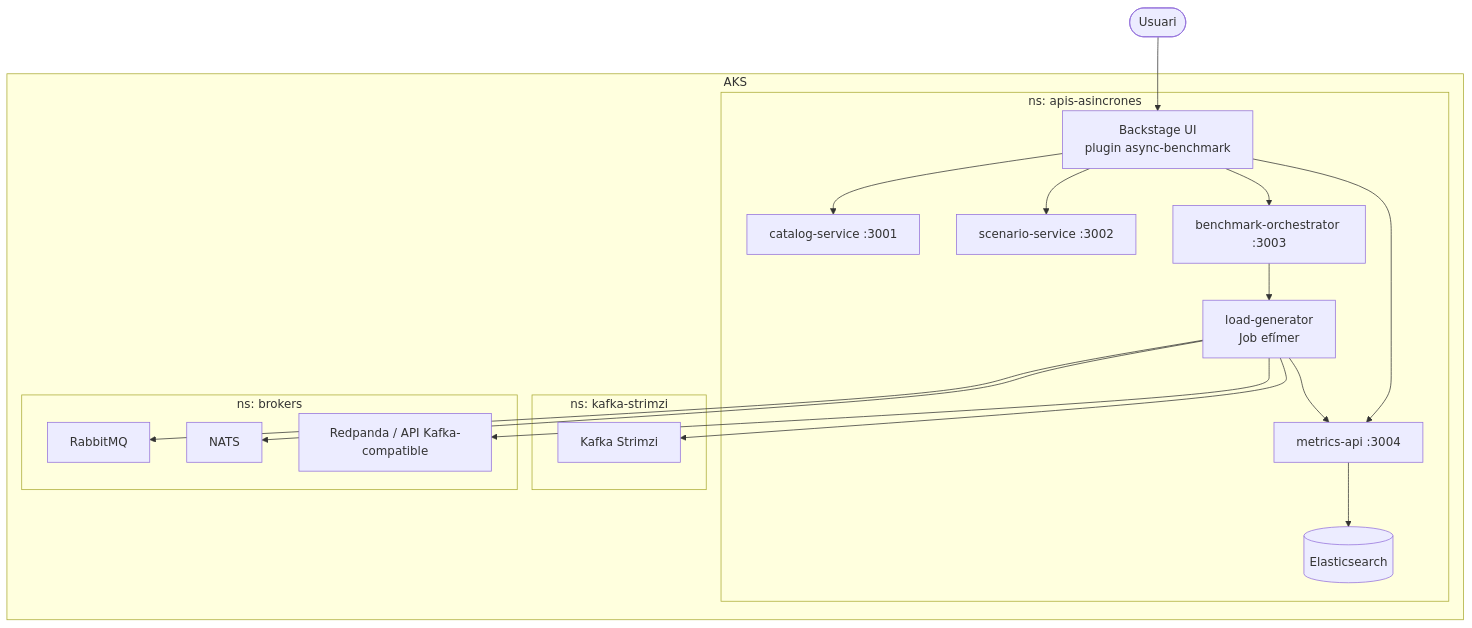
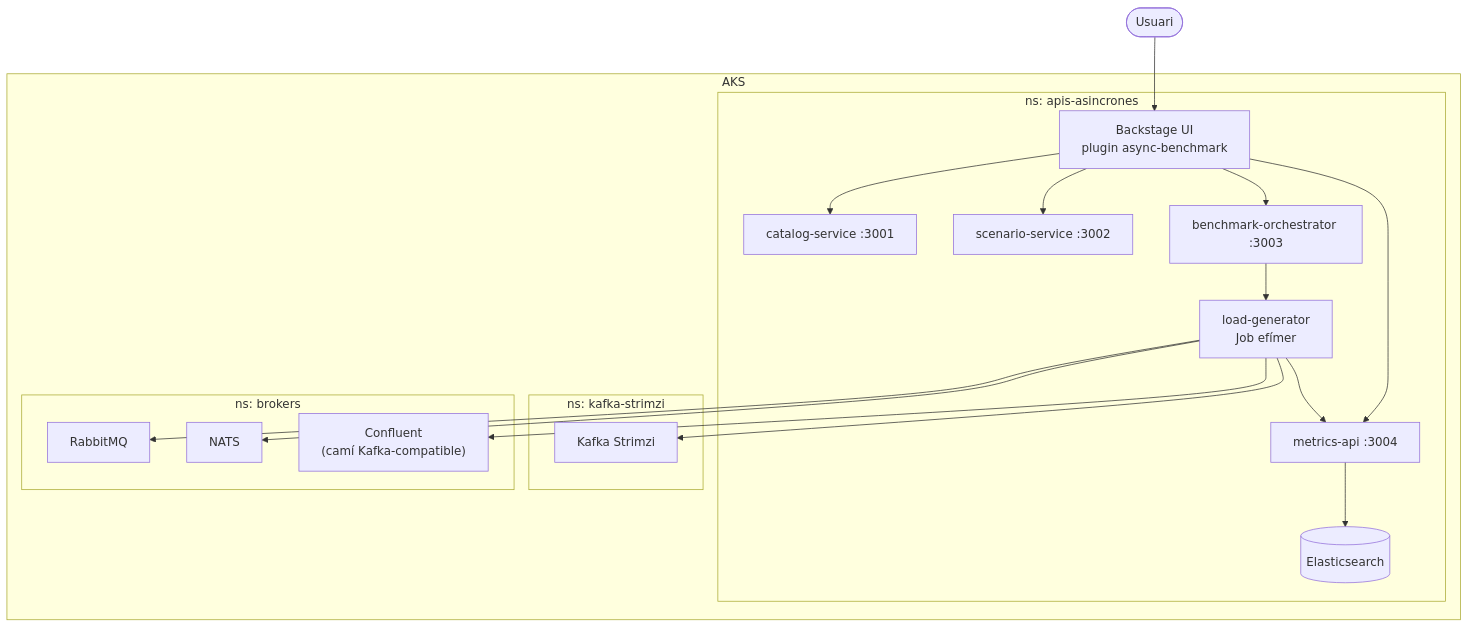
Before and after one commit to marcfontt/apis-asincrones: the diagram in README.md, drawn with Mermaid. The commit also changed other lines of this file and 15 other files, not shown here.

````diff
--- a/README.md
+++ b/README.md
@@ -70,38 +70,38 @@
 ```mermaid
 flowchart TB
     user(["Usuari"]) --> backstage["Backstage UI<br/>plugin async-benchmark"]
 
     subgraph aks["AKS"]
         subgraph app["ns: apis-asincrones"]
             backstage
             catalog["catalog-service :3001"]
             scenario["scenario-service :3002"]
             orchestrator["benchmark-orchestrator :3003"]
             metrics["metrics-api :3004"]
             es[("Elasticsearch")]
             loadgen["load-generator<br/>Job efímer"]
         end
 
         subgraph kafka["ns: kafka-strimzi"]
             kafkaBroker["Kafka Strimzi"]
         end
 
         subgraph brokers["ns: brokers"]
             rabbit["RabbitMQ"]
             nats["NATS"]
-            redpanda["Redpanda / API Kafka-compatible"]
+            confluent["Confluent<br/>(camí Kafka-compatible)"]
         end
     end
 
     backstage --> catalog
     backstage --> scenario
     backstage --> orchestrator
     backstage --> metrics
     orchestrator --> loadgen
     loadgen --> kafkaBroker
     loadgen --> rabbit
     loadgen --> nats
-    loadgen --> redpanda
+    loadgen --> confluent
     loadgen --> metrics
     metrics --> es
 ```
````
